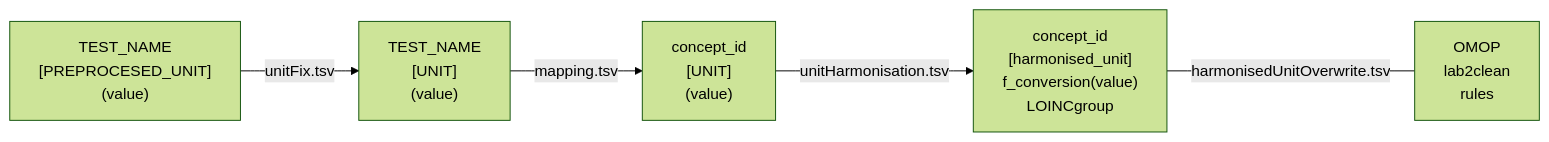
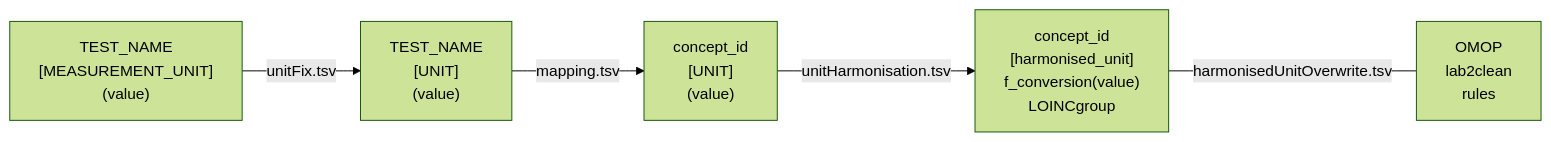
The second of 2 diagrams in README.md (FINNGEN/kanta_lab_harmonisation_public), drawn with Mermaid (forest theme) before and after one commit. The commit also changed other lines of this file, not shown here.

````diff
--- a/README.md
+++ b/README.md
@@ -26,7 +26,7 @@
 ```mermaid
 flowchart LR
-    S["TEST_NAME<br>[PREPROCESED_UNIT]<br>(value)"] -- unitFix.tsv --> F["TEST_NAME<br>[UNIT]<br>(value)"]
+    S["TEST_NAME<br>[MEASUREMENT_UNIT]<br>(value)"] -- unitFix.tsv --> F["TEST_NAME<br>[UNIT]<br>(value)"]
     F -- mapping.tsv --> C["concept_id<br>[UNIT]<br>(value)"]
     C -- unitHarmonisation.tsv --> D["concept_id<br>[harmonised_unit]<br>f_conversion(value)<br>LOINCgroup"]
     D --harmonisedUnitOverwrite.tsv--- E[OMOP<br>lab2clean<br>rules]
 ```
````
